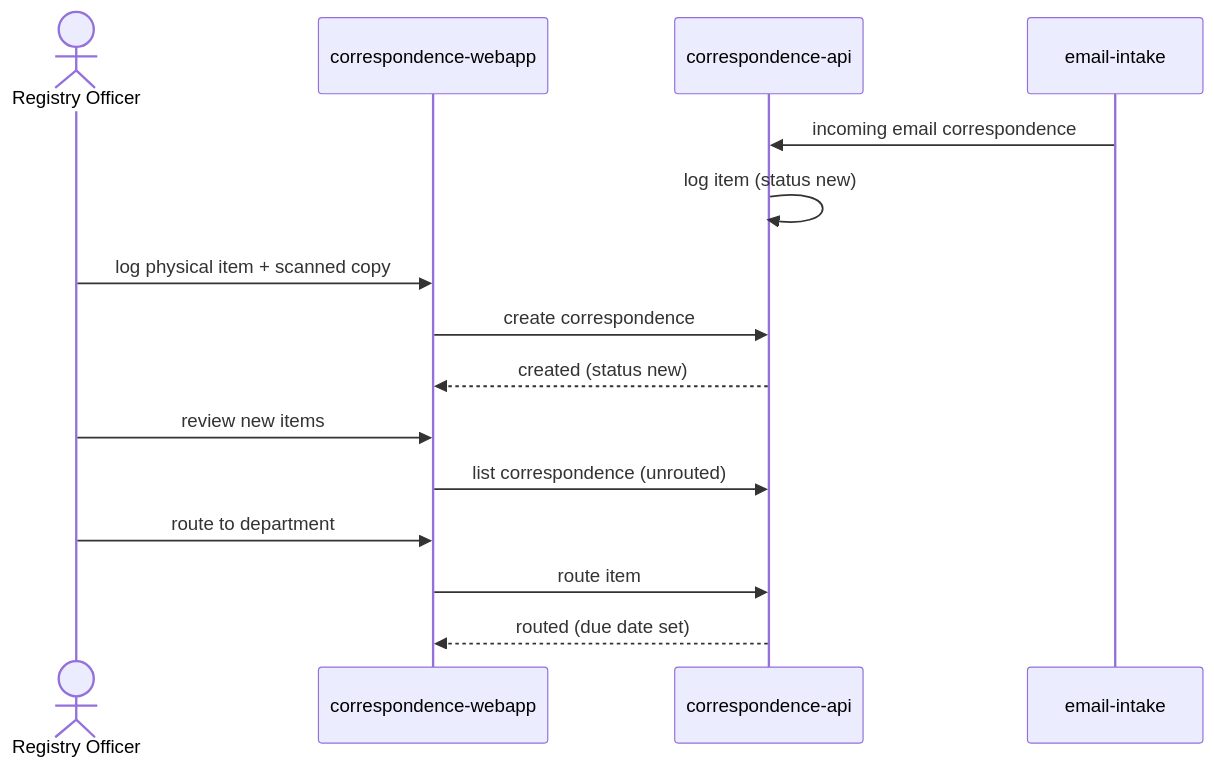
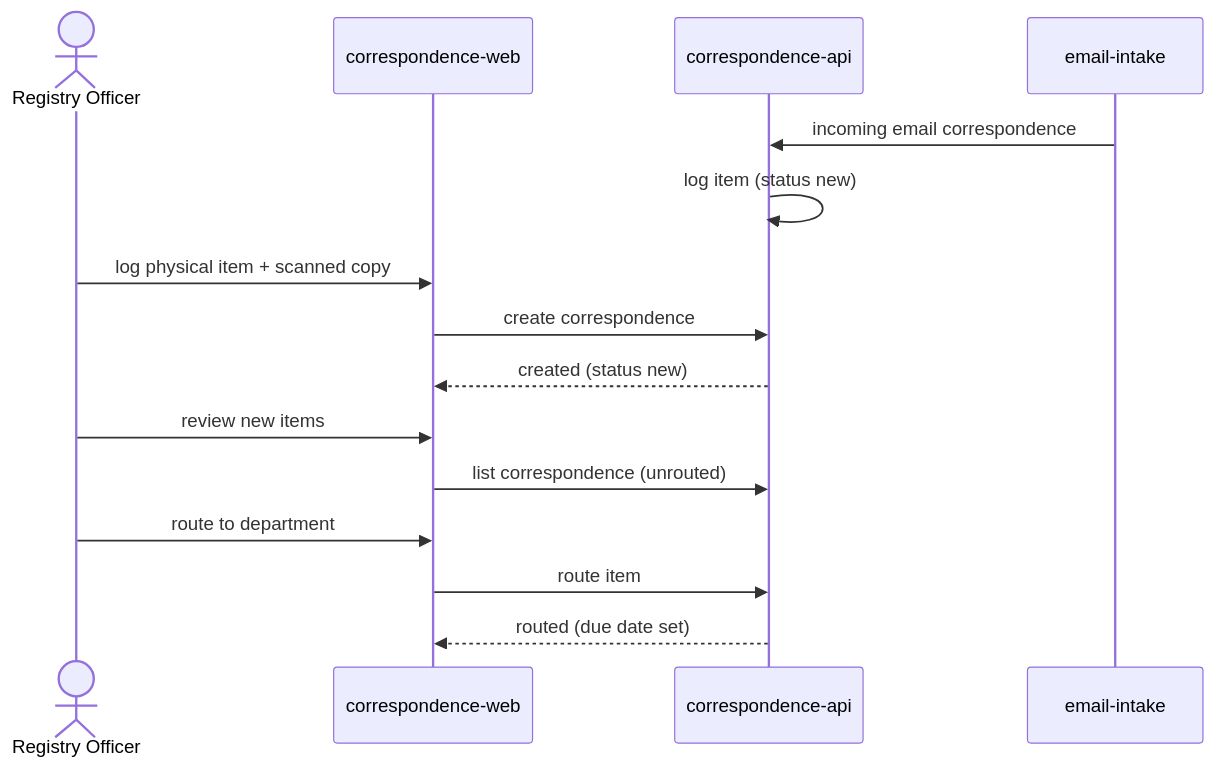
Before and after one commit to ae-demo/manage-incoming-correspondence: the diagram in specs/design/flows/intake-and-routing.md, drawn with Mermaid. The commit also changed 57 other files, not shown here.

First line of the commit message:
rename correspondence-webapp to correspondence-web

````diff
--- a/specs/design/flows/intake-and-routing.md
+++ b/specs/design/flows/intake-and-routing.md
@@ -7,20 +7,20 @@
 ```mermaid
 sequenceDiagram
     actor RegistryOfficer as Registry Officer
-    participant correspondencewebapp as correspondence-webapp
+    participant correspondenceweb as correspondence-web
     participant correspondenceapi as correspondence-api
     participant emailintake as email-intake
 
     emailintake->>correspondenceapi: incoming email correspondence
     correspondenceapi->>correspondenceapi: log item (status new)
 
-    RegistryOfficer->>correspondencewebapp: log physical item + scanned copy
-    correspondencewebapp->>correspondenceapi: create correspondence
-    correspondenceapi-->>correspondencewebapp: created (status new)
+    RegistryOfficer->>correspondenceweb: log physical item + scanned copy
+    correspondenceweb->>correspondenceapi: create correspondence
+    correspondenceapi-->>correspondenceweb: created (status new)
 
-    RegistryOfficer->>correspondencewebapp: review new items
-    correspondencewebapp->>correspondenceapi: list correspondence (unrouted)
-    RegistryOfficer->>correspondencewebapp: route to department
-    correspondencewebapp->>correspondenceapi: route item
-    correspondenceapi-->>correspondencewebapp: routed (due date set)
+    RegistryOfficer->>correspondenceweb: review new items
+    correspondenceweb->>correspondenceapi: list correspondence (unrouted)
+    RegistryOfficer->>correspondenceweb: route to department
+    correspondenceweb->>correspondenceapi: route item
+    correspondenceapi-->>correspondenceweb: routed (due date set)
 ```
````
